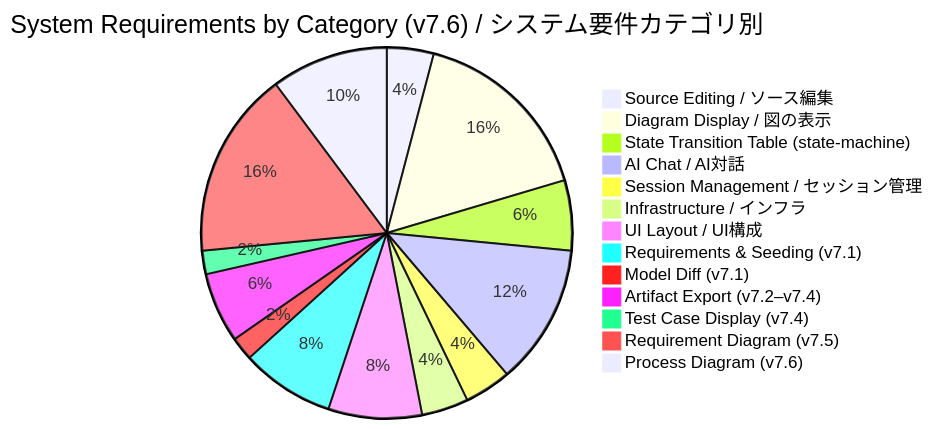
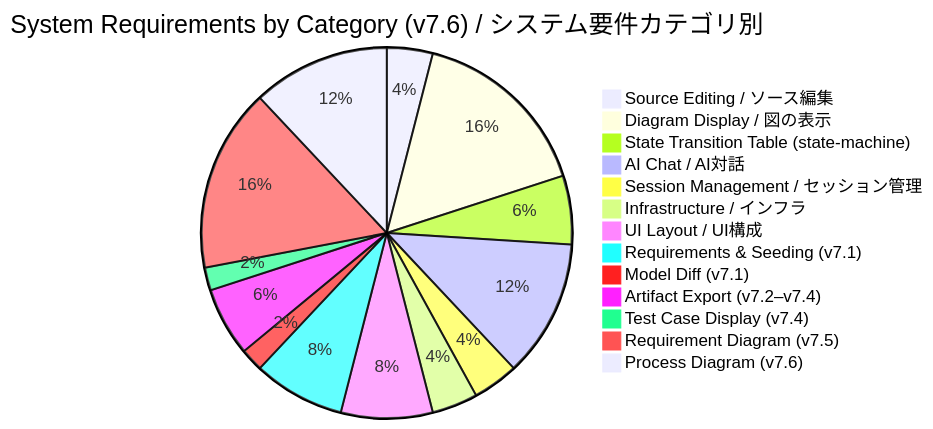
Before and after one commit to sho1884/ModelLogue: the second of 2 diagrams in Doc/Traceability.md, drawn with Mermaid. The commit also changed other lines of this file and 6 other files, not shown here.

````diff
--- a/Doc/Traceability.md
+++ b/Doc/Traceability.md
@@ -292,16 +295,16 @@
 ```mermaid
 pie title System Requirements by Category (v7.6) / システム要件カテゴリ別
     "Source Editing / ソース編集" : 2
     "Diagram Display / 図の表示" : 8
     "State Transition Table (state-machine)" : 3
     "AI Chat / AI対話" : 6
     "Session Management / セッション管理" : 2
     "Infrastructure / インフラ" : 2
     "UI Layout / UI構成" : 4
     "Requirements & Seeding (v7.1)" : 4
     "Model Diff (v7.1)" : 1
     "Artifact Export (v7.2–v7.4)" : 3
     "Test Case Display (v7.4)" : 1
     "Requirement Diagram (v7.5)" : 8
-    "Process Diagram (v7.6)" : 5
+    "Process Diagram (v7.6)" : 6
 ```
````
